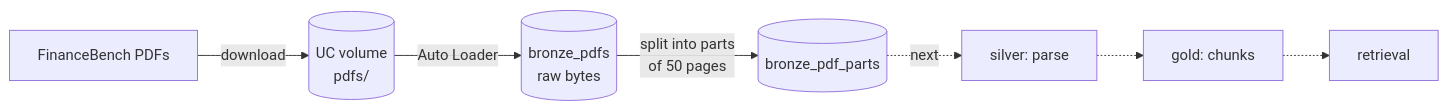
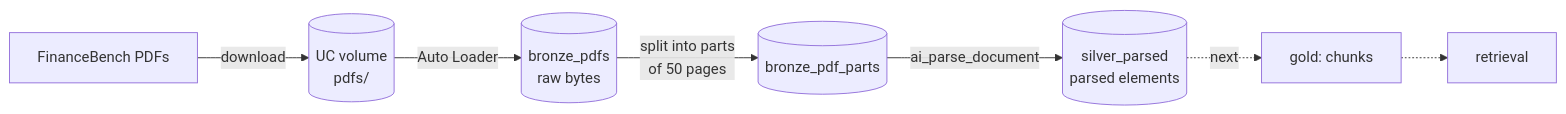
The diagram in README.md (SuddhaswattaMaityUK/dbx-finance-bench-rag), drawn with Mermaid before and after one commit. The commit also changed other lines of this file and 5 other files, not shown here.

````diff
--- a/README.md
+++ b/README.md
@@ -9,9 +9,9 @@
 ```mermaid
 flowchart LR
     A[FinanceBench PDFs] -->|download| V[(UC volume<br/>pdfs/)]
     V -->|Auto Loader| B[(bronze_pdfs<br/>raw bytes)]
     B -->|"split into parts<br/>of 50 pages"| T[("bronze_pdf_parts")]
-    T -.->|next| S["silver: parse"]
-    S -.-> G["gold: chunks"]
+    T -->|"ai_parse_document"| S[("silver_parsed<br/>parsed elements")]
+    S -.->|next| G["gold: chunks"]
     G -.-> R["retrieval"]
 ```
````
